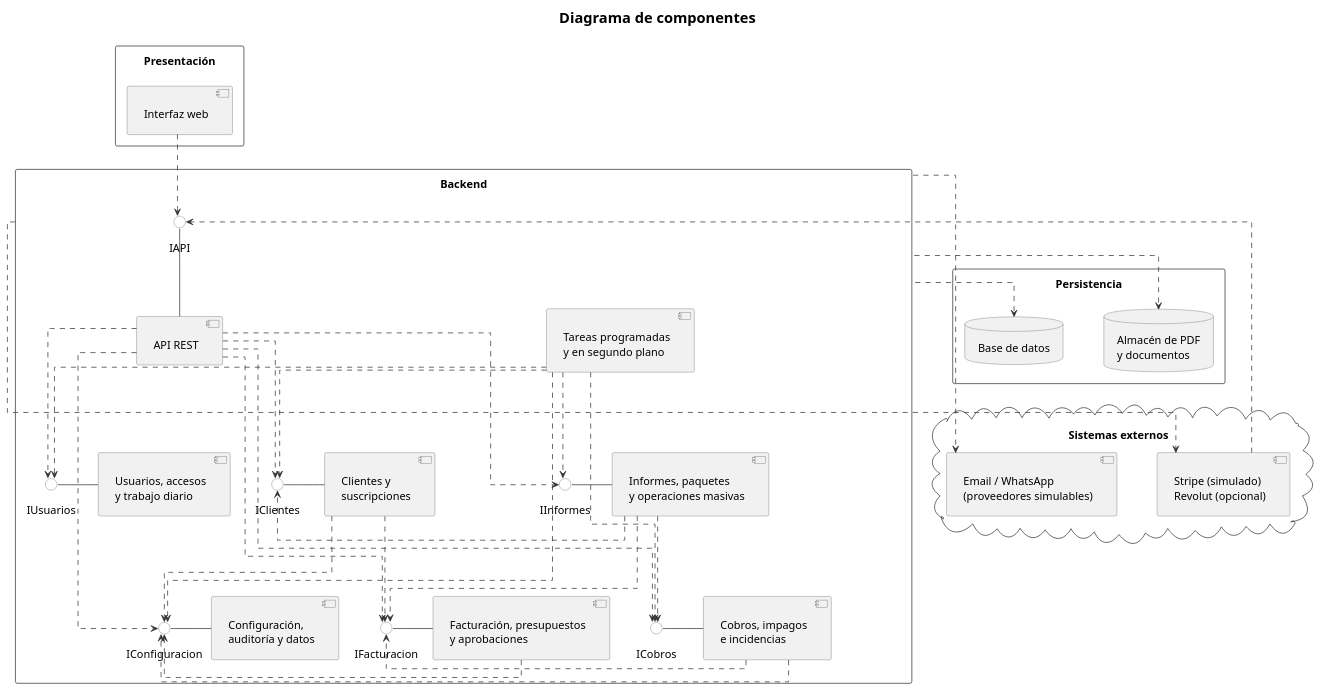
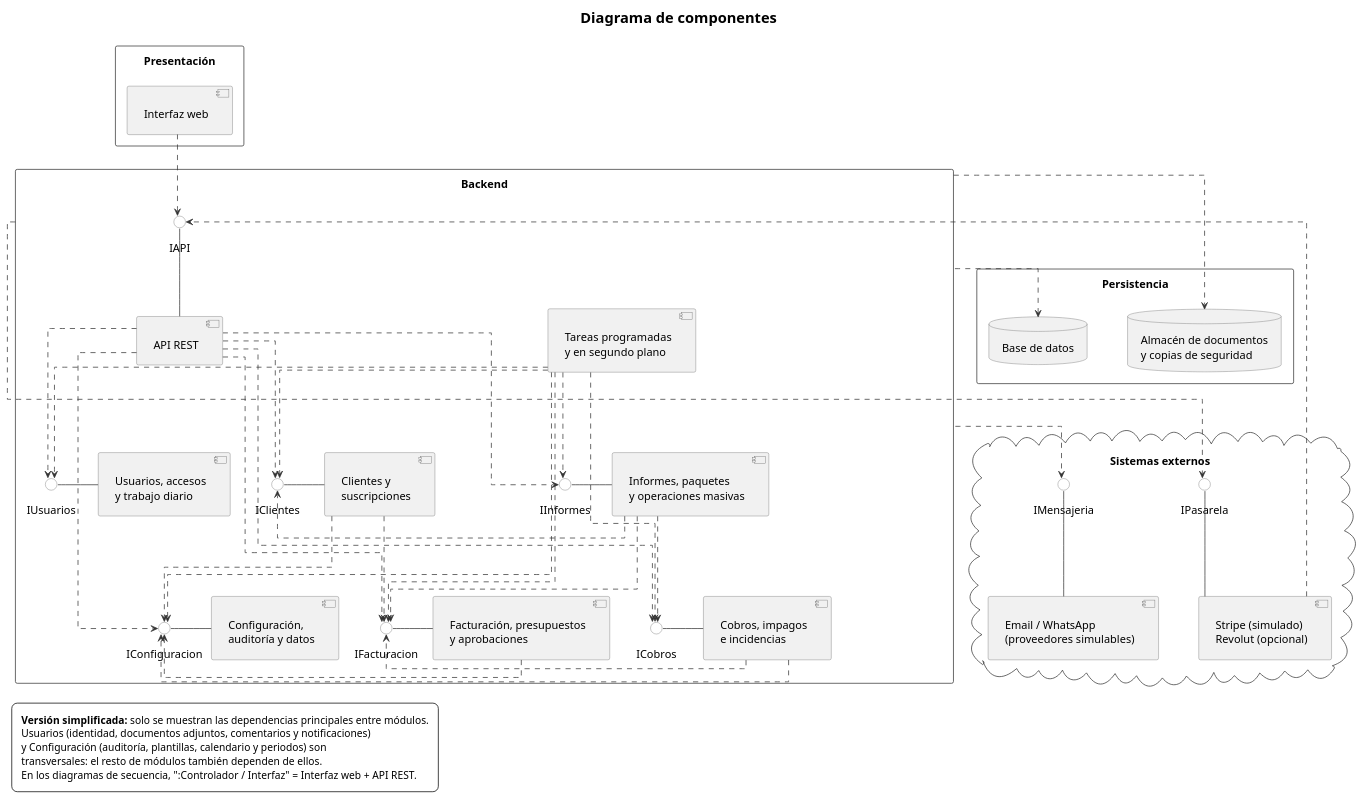
The diagram in Diagramas/diagrama_de_componentes/diagrama_componentes.puml (EVerjanoPerez/Grupo-Al-khwarizmi), drawn with PlantUML before and after one commit. The commit also changed 1 other file, not shown here.

Commit message:
Pequeño cambio en la relacion entre Tareas -> Ifacturacion del diagrama de componentes, además de añadir una leyenda indicando que faltas algunas relaciones que son prescindibles

```diff
--- a/Diagramas/diagrama_de_componentes/diagrama_componentes.puml
+++ b/Diagramas/diagrama_de_componentes/diagrama_componentes.puml
@@ -1,167 +1,183 @@
 @startuml
 
 title Diagrama de componentes
 top to bottom direction
 skinparam componentStyle uml2
 skinparam packageStyle rectangle
 skinparam shadowing false
 skinparam backgroundColor white
 skinparam defaultFontName Arial
 skinparam defaultFontSize 15
 skinparam titleFontSize 20
 skinparam linetype ortho
 skinparam padding 8
 skinparam nodesep 55
 skinparam ranksep 110
 skinparam ArrowColor #333333
 skinparam ArrowThickness 1
 skinparam component {
   BackgroundColor #F1F1F1
   BorderColor #666666
 }
 skinparam interface {
   BackgroundColor white
   BorderColor #666666
 }
 skinparam package {
   BackgroundColor white
   BorderColor #333333
   FontStyle bold
 }
 skinparam database {
   BackgroundColor #F1F1F1
   BorderColor #666666
 }
 skinparam cloud {
   BackgroundColor white
   BorderColor #333333
 }
 
 package "Presentación" {
   [Interfaz web] as Web
 }
 
 package "Backend" as Backend {
   [API REST] as API
   () "IAPI" as IAPI
   ' Coordinador del Planificador: EjecucionProceso sigue en Configuración.
   [Tareas programadas\ny en segundo plano] as Tareas
 
   ' Clases: Usuario, Sesion, DelegacionTemporal, Notificacion, AlertaCorporativa, Comentario, DocumentoAdjunto
   together {
     [Usuarios, accesos\ny trabajo diario] as Usuarios
     () "IUsuarios" as IUsuarios
   }
 
   ' Clases: Cliente, RevisionRango, ContactoCliente, ImportacionClientes, Suscripcion, ExcepcionComercial
   together {
     [Clientes y\nsuscripciones] as Clientes
     () "IClientes" as IClientes
   }
 
   ' Clases: ProductoCatalogo, Presupuesto, Factura, LineaFactura, EnvioFactura, SolicitudAprobacion
   together {
     [Facturación, presupuestos\ny aprobaciones] as Facturacion
     () "IFacturacion" as IFacturacion
   }
 
   ' Clases: Cobro, RecordatorioImpago, Incidencia
   together {
     [Cobros, impagos\ne incidencias] as Cobros
     () "ICobros" as ICobros
   }
 
   ' Clases: Informe, PaqueteGestoria, AccionMasiva
   together {
     [Informes, paquetes\ny operaciones masivas] as Informes
     () "IInformes" as IInformes
   }
 
   ' Clases: ConfiguracionSistema, ConexionPasarelaCobro, PlantillaMensaje, CalendarioLaboral, DiaFestivo, TarifaRango, SerieFacturacion, RegistroAuditoria, PeriodoContable, EjecucionProceso, CopiaSeguridad
   together {
     [Configuración,\nauditoría y datos] as Configuracion
     () "IConfiguracion" as IConfiguracion
   }
 }
 
 package "Persistencia" {
   database "Base de datos" as BD
-  database "Almacén de PDF\ny documentos" as Documentos
+  database "Almacén de documentos\ny copias de seguridad" as Documentos
 }
 
 cloud "Sistemas externos" {
   [Email / WhatsApp\n(proveedores simulables)] as Mensajeria
+  () "IMensajeria" as IMensajeria
   [Stripe (simulado)\nRevolut (opcional)] as Pasarela
+  () "IPasarela" as IPasarela
 }
 
 ' Interfaces proporcionadas: línea continua entre componente y contrato.
 IAPI -down- API
 IUsuarios -right- Usuarios
 IClientes -right- Clientes
 IFacturacion -right- Facturacion
 ICobros -right- Cobros
 IInformes -right- Informes
 IConfiguracion -right- Configuracion
+IMensajeria -down- Mensajeria
+IPasarela -down- Pasarela
 
 ' Presentación y punto de entrada al servidor.
 Web -[dashed,norank]-> IAPI
 API -[dashed,norank]-> IUsuarios
 API -[dashed,norank]-> IClientes
 API -[dashed,norank]-> IFacturacion
 API -[dashed,norank]-> ICobros
 API -[dashed,norank]-> IInformes
 API -[dashed,norank]-> IConfiguracion
 
 ' Coordinación automática: no requiere que el navegador esté abierto.
 Tareas -[dashed,norank]-> IUsuarios
 Tareas -[dashed,norank]-> IClientes
+' Generación mensual de facturas recurrentes y recordatorios (CU-29, CU-19)
+Tareas -[dashed,norank]-> IFacturacion
 Tareas -[dashed,norank]-> ICobros
 Tareas -[dashed,norank]-> IInformes
 Tareas -[dashed,norank]-> IConfiguracion
 
 ' Dependencias de negocio principales.
 Clientes -[dashed,norank]-> IFacturacion
 Cobros -[dashed,norank]-> IFacturacion
 Informes -[dashed,norank]-> IClientes
 Informes -[dashed,norank]-> IFacturacion
 Informes -[dashed,norank]-> ICobros
 Clientes -[dashed,norank]-> IConfiguracion
 Facturacion -[dashed,norank]-> IConfiguracion
 Cobros -[dashed,norank]-> IConfiguracion
 
 ' Dependencias comunes resumidas a nivel de Backend.
 Backend -[dashed,norank]-> BD
 Backend -[dashed,norank]-> Documentos
 
 ' Dependencias externas resumidas a nivel de Backend.
 ' Usuarios: invitaciones, recuperación y avisos.
 ' Facturación y Cobros: envíos de facturas y recordatorios.
 ' Configuración: pruebas de plantillas y configuración de pasarelas.
-' Las integraciones se encapsulan dentro de sus módulos (NFR6).
-Backend -[dashed,norank]-> Mensajeria
-Backend -[dashed,norank]-> Pasarela
+' Los módulos usan los servicios externos solo a través de su interfaz,
+' así que cambiar un proveedor simulado por uno real no afecta al resto (NFR6).
+Backend -[dashed,norank]-> IMensajeria
+Backend -[dashed,norank]-> IPasarela
 Pasarela -[dashed,norank]-> IAPI
 
 ' Solo distribución visual, sin dependencias adicionales.
 Web -[hidden]down- IAPI
 API -[hidden]right- Tareas
 API -[hidden]down- IUsuarios
 Tareas -[hidden]down- IInformes
 Usuarios -[hidden]right- Clientes
 IUsuarios -[hidden]right- IClientes
 Clientes -[hidden]right- Informes
 IClientes -[hidden]right- IInformes
 Usuarios -[hidden]down- IConfiguracion
 Clientes -[hidden]down- IFacturacion
 Informes -[hidden]down- ICobros
 Configuracion -[hidden]right- Facturacion
 IConfiguracion -[hidden]right- IFacturacion
 Facturacion -[hidden]right- Cobros
 IFacturacion -[hidden]right- ICobros
 Tareas -[hidden]right- BD
-Informes -[hidden]right- Mensajeria
+Informes -[hidden]right- IMensajeria
 BD -[hidden]right- Documentos
 Mensajeria -[hidden]right- Pasarela
-BD -[hidden]down- Mensajeria
-Documentos -[hidden]down- Pasarela
+BD -[hidden]down- IMensajeria
+Documentos -[hidden]down- IPasarela
+IMensajeria -[hidden]right- IPasarela
+
+legend bottom left
+  <b>Versión simplificada:</b> solo se muestran las dependencias principales entre módulos.
+  Usuarios (identidad, documentos adjuntos, comentarios y notificaciones)
+  y Configuración (auditoría, plantillas, calendario y periodos) son
+  transversales: el resto de módulos también dependen de ellos.
+  En los diagramas de secuencia, ":Controlador / Interfaz" = Interfaz web + API REST.
+endlegend
 @enduml
```
